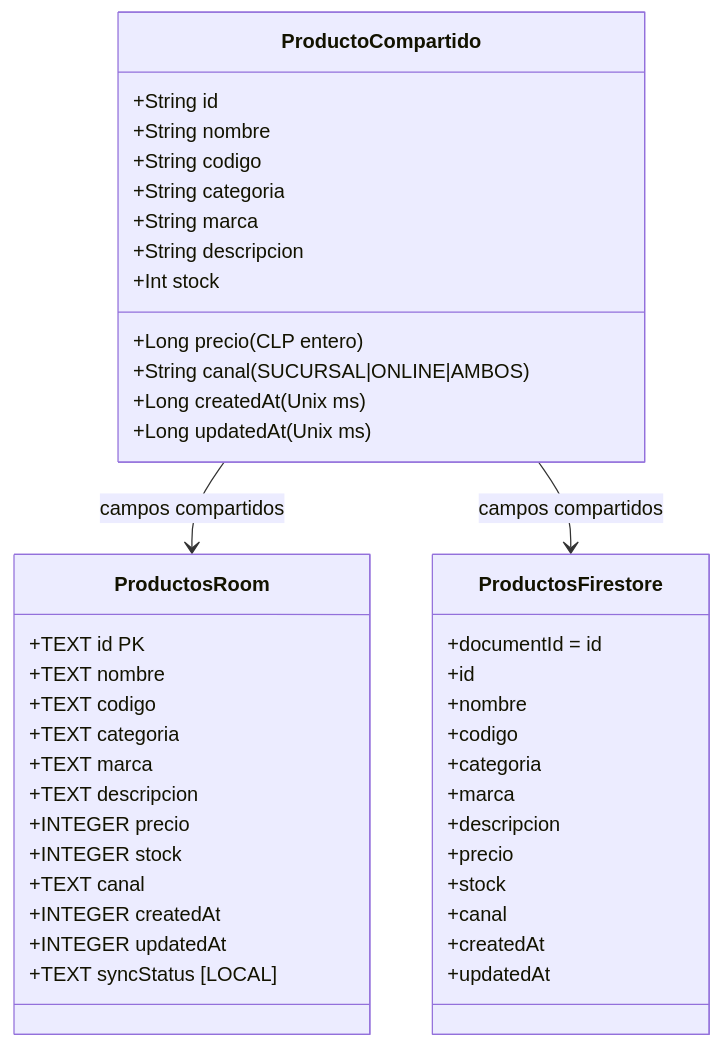
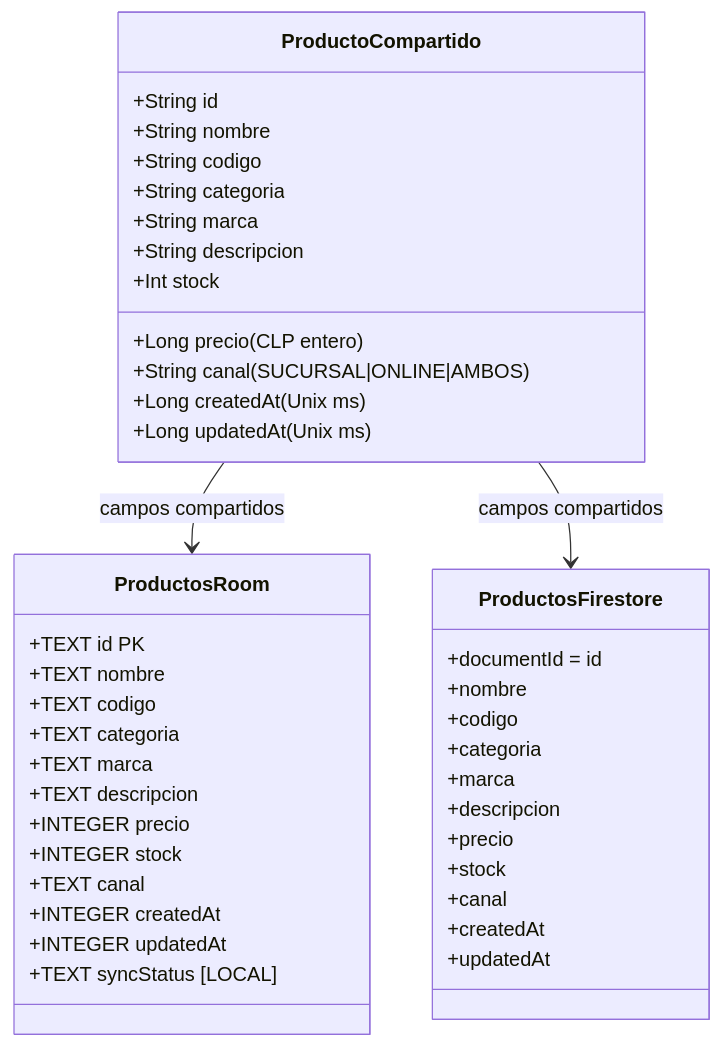
Before and after one commit to oscar-chinchin-dev/StockElectronico: the diagram in docs/modelo-datos.md, drawn with Mermaid. The commit also changed other lines of this file and 14 other files, not shown here.

````diff
--- a/docs/modelo-datos.md
+++ b/docs/modelo-datos.md
@@ -83,49 +83,48 @@
 ```mermaid
 classDiagram
     class ProductoCompartido {
         +String id
         +String nombre
         +String codigo
         +String categoria
         +String marca
         +String descripcion
         +Long precio (CLP entero)
         +Int stock
         +String canal (SUCURSAL|ONLINE|AMBOS)
         +Long createdAt (Unix ms)
         +Long updatedAt (Unix ms)
     }
 
     class ProductosRoom {
         +TEXT id PK
         +TEXT nombre
         +TEXT codigo
         +TEXT categoria
         +TEXT marca
         +TEXT descripcion
         +INTEGER precio
         +INTEGER stock
         +TEXT canal
         +INTEGER createdAt
         +INTEGER updatedAt
         +TEXT syncStatus [LOCAL]
     }
 
     class ProductosFirestore {
         +documentId = id
-        +id
         +nombre
         +codigo
         +categoria
         +marca
         +descripcion
         +precio
         +stock
         +canal
         +createdAt
         +updatedAt
     }
 
     ProductoCompartido --> ProductosRoom : campos compartidos
     ProductoCompartido --> ProductosFirestore : campos compartidos
 ```
````
